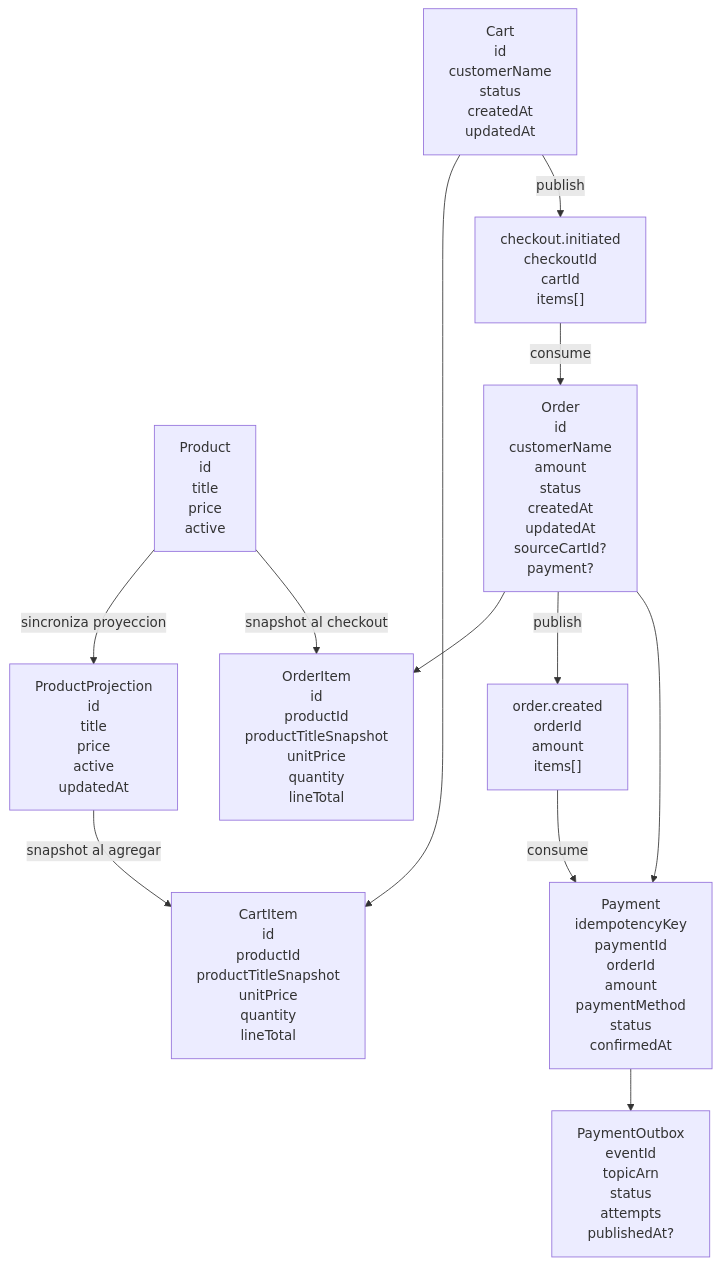
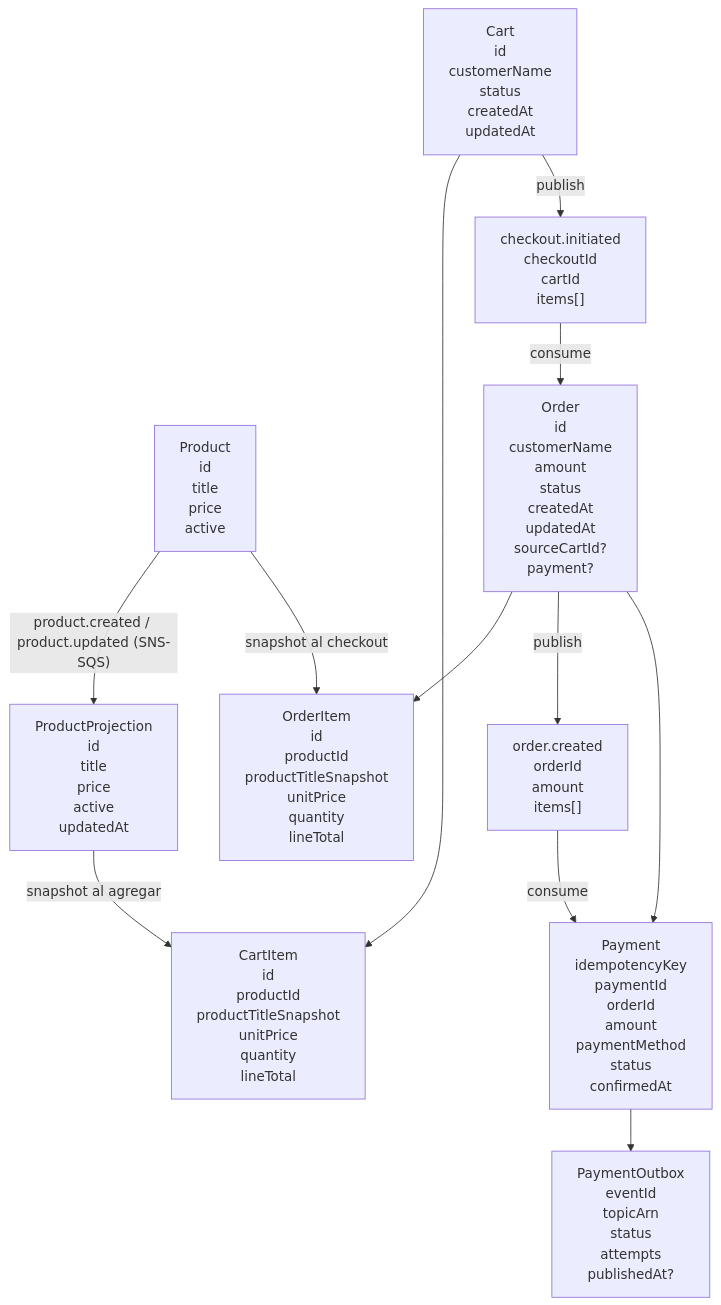
Before and after one commit to dani-pereira-dev/microservice-sns-sqs: the first of 3 diagrams in docs/marketplace-simple-flow.md, drawn with Mermaid. The commit also changed other lines of this file and 19 other files, not shown here.

````diff
--- a/docs/marketplace-simple-flow.md
+++ b/docs/marketplace-simple-flow.md
@@ -81,25 +91,25 @@
 ```mermaid
 flowchart TD
   Product["Product\nid\ntitle\nprice\nactive"]
   ProductProjection["ProductProjection\nid\ntitle\nprice\nactive\nupdatedAt"]
   Cart["Cart\nid\ncustomerName\nstatus\ncreatedAt\nupdatedAt"]
   CartItem["CartItem\nid\nproductId\nproductTitleSnapshot\nunitPrice\nquantity\nlineTotal"]
   Order["Order\nid\ncustomerName\namount\nstatus\ncreatedAt\nupdatedAt\nsourceCartId?\npayment?"]
   OrderItem["OrderItem\nid\nproductId\nproductTitleSnapshot\nunitPrice\nquantity\nlineTotal"]
   Payment["Payment\nidempotencyKey\npaymentId\norderId\namount\npaymentMethod\nstatus\nconfirmedAt"]
   Outbox["PaymentOutbox\neventId\ntopicArn\nstatus\nattempts\npublishedAt?"]
   CheckoutEvent["checkout.initiated\ncheckoutId\ncartId\nitems[]"]
   OrderCreatedEvent["order.created\norderId\namount\nitems[]"]
 
-  Product -->|"sincroniza proyeccion"| ProductProjection
+  Product -->|"product.created / product.updated (SNS-SQS)"| ProductProjection
   ProductProjection -->|"snapshot al agregar"| CartItem
   Cart --> CartItem
   Cart -->|"publish"| CheckoutEvent
   CheckoutEvent -->|"consume"| Order
   Order --> OrderItem
   Order -->|"publish"| OrderCreatedEvent
   OrderCreatedEvent -->|"consume"| Payment
   Product -->|"snapshot al checkout"| OrderItem
   Order --> Payment
   Payment --> Outbox
 ```
````
